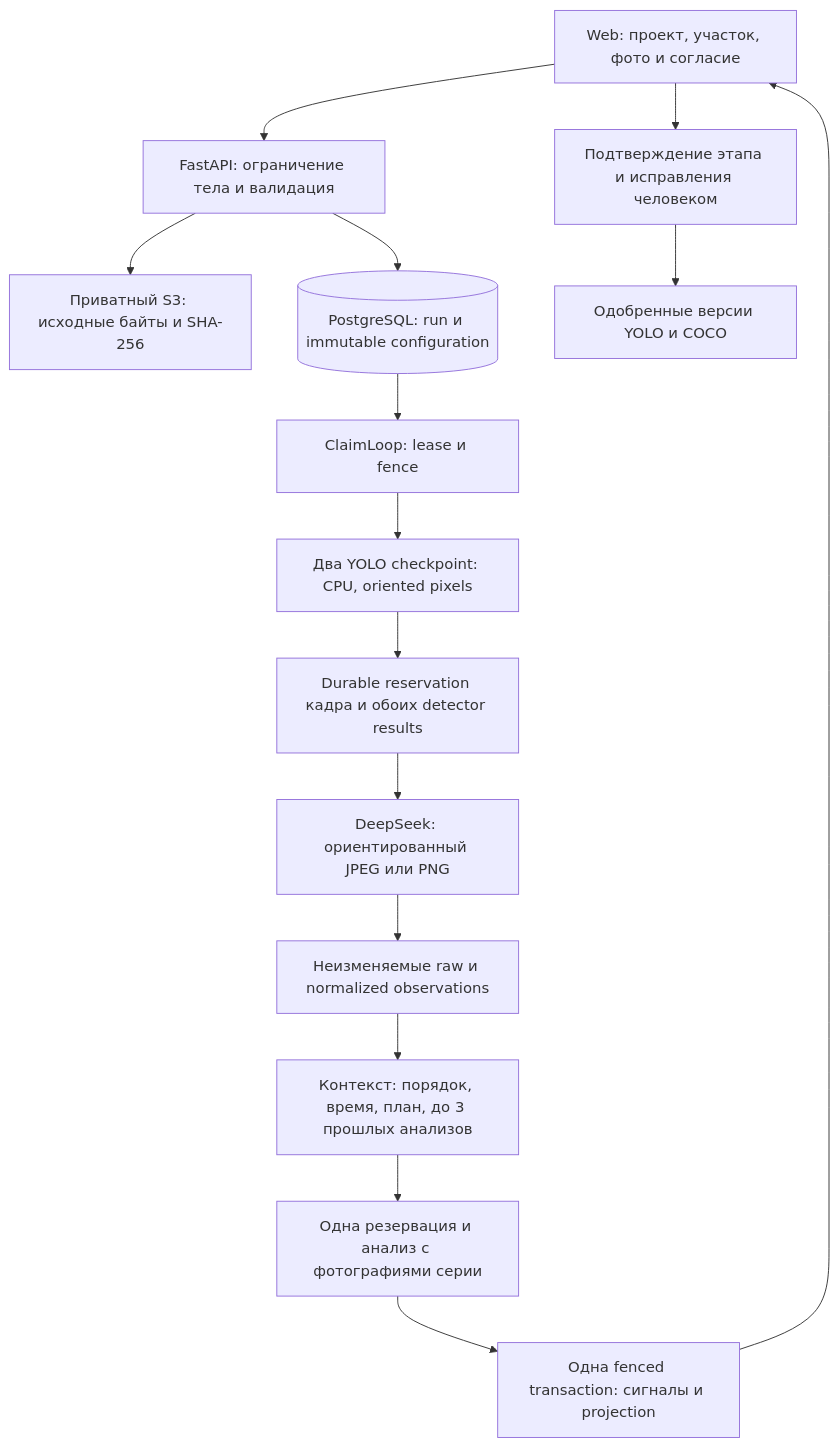
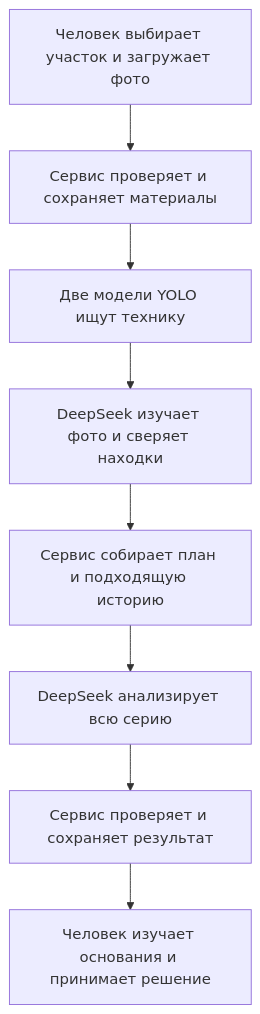
Before and after one commit to GorsheninNikolay/lzt-detecing-violations-system: the first of 3 diagrams in Architecture.md, drawn with Mermaid. The commit also changed other lines of this file and 31 other files, not shown here.

````diff
--- a/Architecture.md
+++ b/Architecture.md
@@ -14,17 +15,10 @@
 ```mermaid
 flowchart TD
-    UI[Web: проект, участок, фото и согласие] --> API[FastAPI: ограничение тела и валидация]
-    API --> S3[Приватный S3: исходные байты и SHA-256]
-    API --> DB[(PostgreSQL: run и immutable configuration)]
-    DB --> W[ClaimLoop: lease и fence]
-    W --> Y[Два YOLO checkpoint: CPU, oriented pixels]
-    Y --> R[Durable reservation кадра и обоих detector results]
-    R --> D[DeepSeek: ориентированный JPEG или PNG]
-    D --> O[Неизменяемые raw и normalized observations]
-    O --> F[Контекст: порядок, время, план, до 3 прошлых анализов]
-    F --> A[Одна резервация и анализ с фотографиями серии]
-    A --> P[Одна fenced transaction: сигналы и projection]
-    P --> UI
-    UI --> H[Подтверждение этапа и исправления человеком]
-    H --> E[Одобренные версии YOLO и COCO]
+    A[Человек выбирает участок и загружает фото] --> B[Сервис проверяет и сохраняет материалы]
+    B --> C[Две модели YOLO ищут технику]
+    C --> D[DeepSeek изучает фото и сверяет находки]
+    D --> E[Сервис собирает план и подходящую историю]
+    E --> F[DeepSeek анализирует всю серию]
+    F --> G[Сервис проверяет и сохраняет результат]
+    G --> H[Человек изучает основания и принимает решение]
 ```
````
